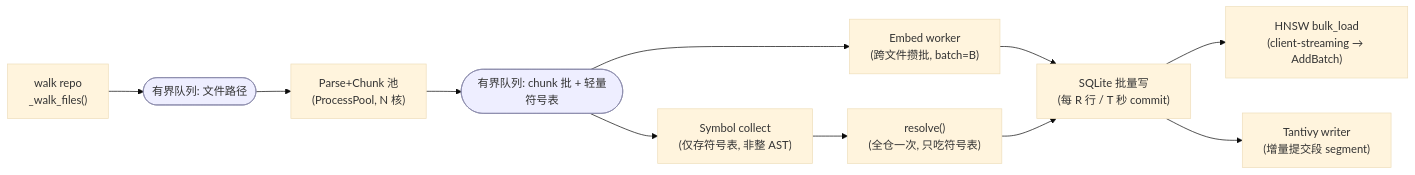
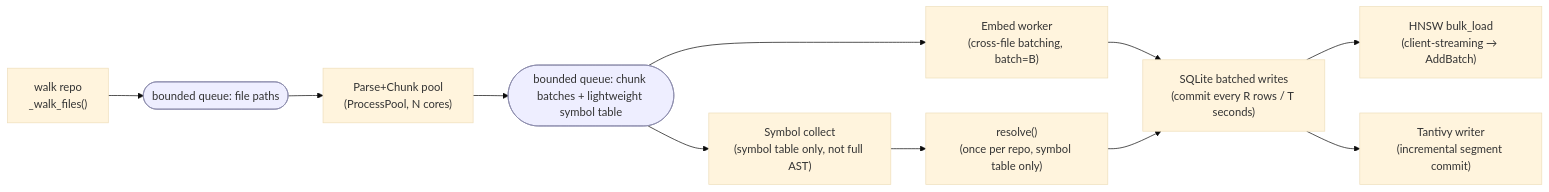
One commit to AndyUneducated/repo-sage changed the first of 3 diagrams in docs/plans/phase-6-scale-out.md. Above: the diagram before and after it, drawn with Mermaid (base theme). The commit also changed other lines of this file and 14 other files, not shown here.

````diff
--- a/docs/plans/phase-6-scale-out.md
+++ b/docs/plans/phase-6-scale-out.md
@@ -75,16 +75,16 @@
 ```mermaid
 flowchart LR
-  W["walk repo<br/>_walk_files()"] --> Q0([有界队列: 文件路径])
-  Q0 --> PP["Parse+Chunk 池<br/>(ProcessPool, N 核)"]
-  PP --> Q1([有界队列: chunk 批 + 轻量符号表])
-  Q1 --> EMB["Embed worker<br/>(跨文件攒批, batch=B)"]
-  Q1 --> COL["Symbol collect<br/>(仅存符号表, 非整 AST)"]
-  EMB --> SW["SQLite 批量写<br/>(每 R 行 / T 秒 commit)"]
-  COL --> RES["resolve()<br/>(全仓一次, 只吃符号表)"]
+  W["walk repo<br/>_walk_files()"] --> Q0([bounded queue: file paths])
+  Q0 --> PP["Parse+Chunk pool<br/>(ProcessPool, N cores)"]
+  PP --> Q1([bounded queue: chunk batches + lightweight symbol table])
+  Q1 --> EMB["Embed worker<br/>(cross-file batching, batch=B)"]
+  Q1 --> COL["Symbol collect<br/>(symbol table only, not full AST)"]
+  EMB --> SW["SQLite batched writes<br/>(commit every R rows / T seconds)"]
+  COL --> RES["resolve()<br/>(once per repo, symbol table only)"]
   RES --> SW
   SW --> HN["HNSW bulk_load<br/>(client-streaming → AddBatch)"]
-  SW --> TAN["Tantivy writer<br/>(增量提交段 segment)"]
+  SW --> TAN["Tantivy writer<br/>(incremental segment commit)"]
 
   classDef bound fill:#eef,stroke:#88a;
   class Q0,Q1 bound;
 ```
````
